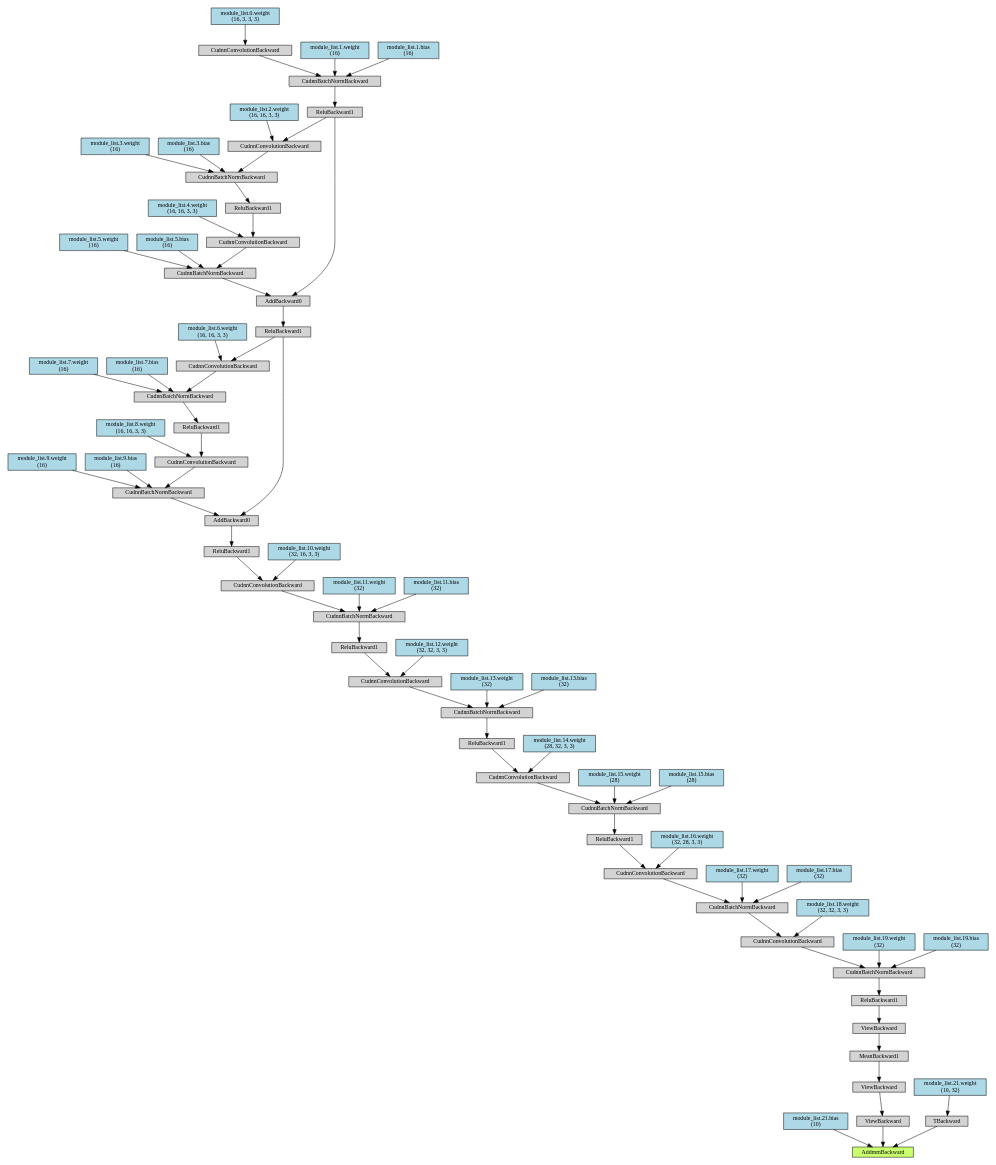
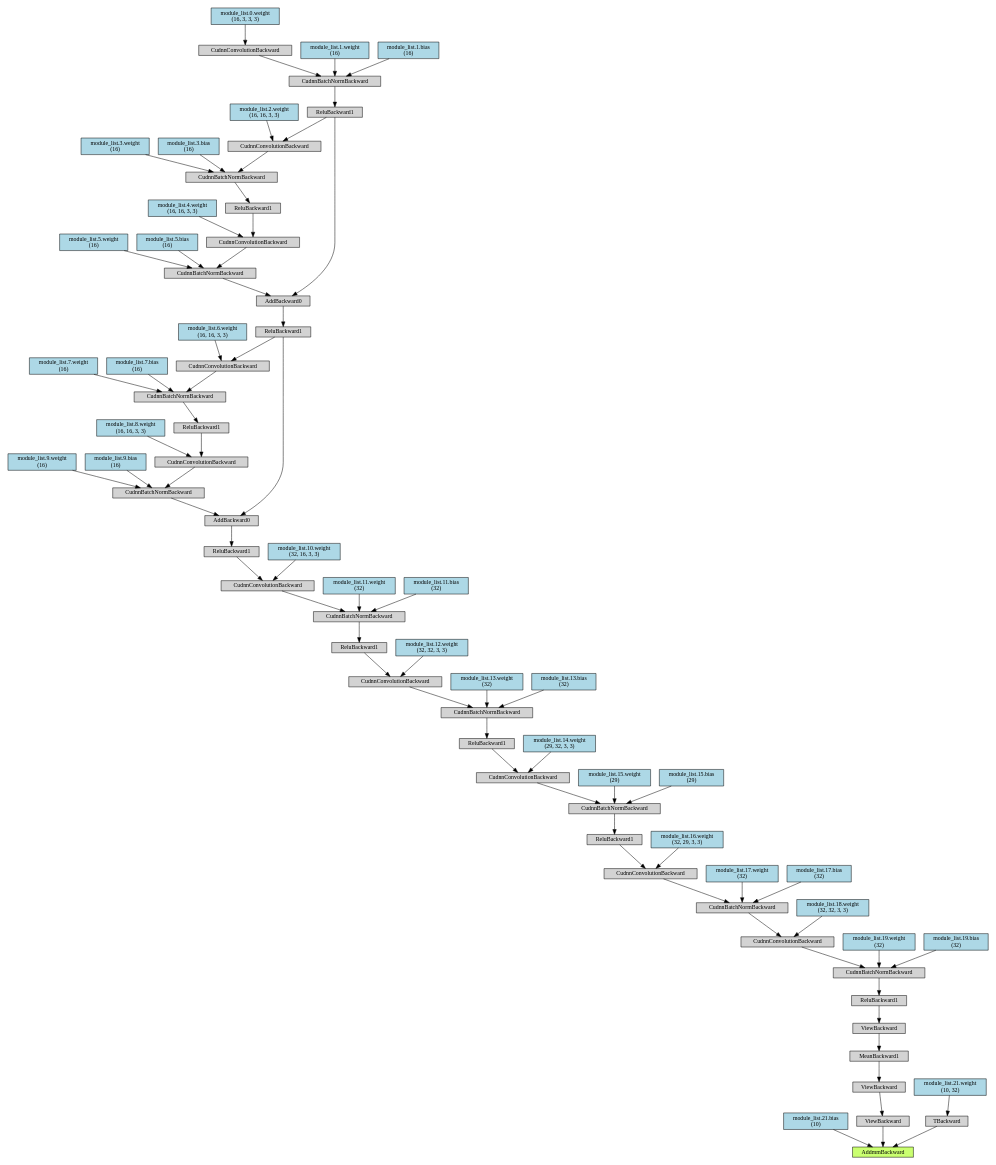
One commit to j3ssi/MA_Source changed the diagram in PruneTrain5_0.dot. Above: the diagram before and after it, drawn with Graphviz. The commit also changed 12 other files, not shown here.

```diff
--- a/PruneTrain5_0.dot
+++ b/PruneTrain5_0.dot
@@ -1,175 +1,175 @@
 digraph {
 	graph [size="20.849999999999998,20.849999999999998"]
 	node [align=left fontsize=12 height=0.2 ranksep=0.1 shape=box style=filled]
-	140088941224848 [label=AddmmBackward fillcolor=darkolivegreen1]
-	140088884436272 -> 140088941224848
-	140088884436272 [label="module_list.21.bias
+	140036031704032 [label=AddmmBackward fillcolor=darkolivegreen1]
+	140036031703248 -> 140036031704032
+	140036031703248 [label="module_list.21.bias
  (10)" fillcolor=lightblue]
-	140088884435376 -> 140088941224848
-	140088884435376 [label=ViewBackward]
-	140088884435544 -> 140088884435376
-	140088884435544 [label=ViewBackward]
-	140088884434648 -> 140088884435544
-	140088884434648 [label=MeanBackward1]
-	140088884434480 -> 140088884434648
-	140088884434480 [label=ViewBackward]
-	140088884436440 -> 140088884434480
-	140088884436440 [label=ReluBackward1]
-	140088884434312 -> 140088884436440
-	140088884434312 [label=CudnnBatchNormBackward]
-	140088884434200 -> 140088884434312
-	140088884434200 [label=CudnnConvolutionBackward]
-	140088884436048 -> 140088884434200
-	140088884436048 [label=CudnnBatchNormBackward]
-	140088884433808 -> 140088884436048
-	140088884433808 [label=CudnnConvolutionBackward]
-	140088884435768 -> 140088884433808
-	140088884435768 [label=ReluBackward1]
-	140088884435600 -> 140088884435768
-	140088884435600 [label=CudnnBatchNormBackward]
-	140088884433416 -> 140088884435600
-	140088884433416 [label=CudnnConvolutionBackward]
-	140088884433248 -> 140088884433416
-	140088884433248 [label=ReluBackward1]
-	140088884435152 -> 140088884433248
-	140088884435152 [label=CudnnBatchNormBackward]
-	140088884432968 -> 140088884435152
-	140088884432968 [label=CudnnConvolutionBackward]
-	140088884435712 -> 140088884432968
-	140088884435712 [label=ReluBackward1]
-	140088884434592 -> 140088884435712
-	140088884434592 [label=CudnnBatchNormBackward]
-	140088884433752 -> 140088884434592
-	140088884433752 [label=CudnnConvolutionBackward]
-	140088884435040 -> 140088884433752
-	140088884435040 [label=ReluBackward1]
-	140087526942536 -> 140088884435040
-	140087526942536 [label=AddBackward0]
-	140087526942256 -> 140087526942536
-	140087526942256 [label=ReluBackward1]
-	140087526942088 -> 140087526942256
-	140087526942088 [label=AddBackward0]
-	140087526941920 -> 140087526942088
-	140087526941920 [label=ReluBackward1]
-	140087526941640 -> 140087526941920
-	140087526941640 [label=CudnnBatchNormBackward]
-	140087526941472 -> 140087526941640
-	140087526941472 [label=CudnnConvolutionBackward]
-	140087526941248 -> 140087526941472
-	140087526941248 [label="module_list.0.weight
+	140036000096040 -> 140036031704032
+	140036000096040 [label=ViewBackward]
+	140036000095760 -> 140036000096040
+	140036000095760 [label=ViewBackward]
+	140036000092960 -> 140036000095760
+	140036000092960 [label=MeanBackward1]
+	140036000095928 -> 140036000092960
+	140036000095928 [label=ViewBackward]
+	140036000093856 -> 140036000095928
+	140036000093856 [label=ReluBackward1]
+	140036000093744 -> 140036000093856
+	140036000093744 [label=CudnnBatchNormBackward]
+	140036000095704 -> 140036000093744
+	140036000095704 [label=CudnnConvolutionBackward]
+	140036000095536 -> 140036000095704
+	140036000095536 [label=CudnnBatchNormBackward]
+	140036000095368 -> 140036000095536
+	140036000095368 [label=CudnnConvolutionBackward]
+	140036000093128 -> 140036000095368
+	140036000093128 [label=ReluBackward1]
+	140036000094976 -> 140036000093128
+	140036000094976 [label=CudnnBatchNormBackward]
+	140036000094808 -> 140036000094976
+	140036000094808 [label=CudnnConvolutionBackward]
+	140036000094584 -> 140036000094808
+	140036000094584 [label=ReluBackward1]
+	140036000092456 -> 140036000094584
+	140036000092456 [label=CudnnBatchNormBackward]
+	140036000094304 -> 140036000092456
+	140036000094304 [label=CudnnConvolutionBackward]
+	140036000094920 -> 140036000094304
+	140036000094920 [label=ReluBackward1]
+	140036000092400 -> 140036000094920
+	140036000092400 [label=CudnnBatchNormBackward]
+	140036000094752 -> 140036000092400
+	140036000094752 [label=CudnnConvolutionBackward]
+	140036000092344 -> 140036000094752
+	140036000092344 [label=ReluBackward1]
+	140035329668936 -> 140036000092344
+	140035329668936 [label=AddBackward0]
+	140035329668768 -> 140035329668936
+	140035329668768 [label=ReluBackward1]
+	140035329668544 -> 140035329668768
+	140035329668544 [label=AddBackward0]
+	140035329668376 -> 140035329668544
+	140035329668376 [label=ReluBackward1]
+	140035329668152 -> 140035329668376
+	140035329668152 [label=CudnnBatchNormBackward]
+	140035329667928 -> 140035329668152
+	140035329667928 [label=CudnnConvolutionBackward]
+	140035329667704 -> 140035329667928
+	140035329667704 [label="module_list.0.weight
  (16, 3, 3, 3)" fillcolor=lightblue]
-	140087526941416 -> 140087526941640
-	140087526941416 [label="module_list.1.weight
+	140035329667872 -> 140035329668152
+	140035329667872 [label="module_list.1.weight
  (16)" fillcolor=lightblue]
-	140087526941360 -> 140087526941640
-	140087526941360 [label="module_list.1.bias
+	140035329667816 -> 140035329668152
+	140035329667816 [label="module_list.1.bias
  (16)" fillcolor=lightblue]
-	140087526941864 -> 140087526942088
-	140087526941864 [label=CudnnBatchNormBackward]
-	140087526941584 -> 140087526941864
-	140087526941584 [label=CudnnConvolutionBackward]
-	140087526941080 -> 140087526941584
-	140087526941080 [label=ReluBackward1]
-	140087526940856 -> 140087526941080
-	140087526940856 [label=CudnnBatchNormBackward]
-	140087526941696 -> 140087526940856
-	140087526941696 [label=CudnnConvolutionBackward]
-	140087526941920 -> 140087526941696
-	140087526942312 -> 140087526941696
-	140087526942312 [label="module_list.2.weight
+	140035329668320 -> 140035329668544
+	140035329668320 [label=CudnnBatchNormBackward]
+	140035329668040 -> 140035329668320
+	140035329668040 [label=CudnnConvolutionBackward]
+	140035329667592 -> 140035329668040
+	140035329667592 [label=ReluBackward1]
+	140035329667312 -> 140035329667592
+	140035329667312 [label=CudnnBatchNormBackward]
+	140035329667144 -> 140035329667312
+	140035329667144 [label=CudnnConvolutionBackward]
+	140035329668376 -> 140035329667144
+	140035329668992 -> 140035329667144
+	140035329668992 [label="module_list.2.weight
  (16, 16, 3, 3)" fillcolor=lightblue]
-	140087526941808 -> 140087526940856
-	140087526941808 [label="module_list.3.weight
+	140035329668096 -> 140035329667312
+	140035329668096 [label="module_list.3.weight
  (16)" fillcolor=lightblue]
-	140087526942480 -> 140087526940856
-	140087526942480 [label="module_list.3.bias
+	140035329668208 -> 140035329667312
+	140035329668208 [label="module_list.3.bias
  (16)" fillcolor=lightblue]
-	140087526940968 -> 140087526941584
-	140087526940968 [label="module_list.4.weight
+	140035329667424 -> 140035329668040
+	140035329667424 [label="module_list.4.weight
  (16, 16, 3, 3)" fillcolor=lightblue]
-	140087526941304 -> 140087526941864
-	140087526941304 [label="module_list.5.weight
+	140035329667760 -> 140035329668320
+	140035329667760 [label="module_list.5.weight
  (16)" fillcolor=lightblue]
-	140087526941192 -> 140087526941864
-	140087526941192 [label="module_list.5.bias
+	140035329667648 -> 140035329668320
+	140035329667648 [label="module_list.5.bias
  (16)" fillcolor=lightblue]
-	140087526942200 -> 140087526942536
-	140087526942200 [label=CudnnBatchNormBackward]
-	140087526942032 -> 140087526942200
-	140087526942032 [label=CudnnConvolutionBackward]
-	140087526942592 -> 140087526942032
-	140087526942592 [label=ReluBackward1]
-	140087526942648 -> 140087526942592
-	140087526942648 [label=CudnnBatchNormBackward]
-	140087526942760 -> 140087526942648
-	140087526942760 [label=CudnnConvolutionBackward]
-	140087526942256 -> 140087526942760
-	140087526943040 -> 140087526942760
-	140087526943040 [label="module_list.6.weight
+	140035329668656 -> 140035329668936
+	140035329668656 [label=CudnnBatchNormBackward]
+	140035329668488 -> 140035329668656
+	140035329668488 [label=CudnnConvolutionBackward]
+	140035329668880 -> 140035329668488
+	140035329668880 [label=ReluBackward1]
+	140035329669160 -> 140035329668880
+	140035329669160 [label=CudnnBatchNormBackward]
+	140035329669104 -> 140035329669160
+	140035329669104 [label=CudnnConvolutionBackward]
+	140035329668768 -> 140035329669104
+	140035329669384 -> 140035329669104
+	140035329669384 [label="module_list.6.weight
  (16, 16, 3, 3)" fillcolor=lightblue]
-	140087526942872 -> 140087526942648
-	140087526942872 [label="module_list.7.weight
+	140035329669216 -> 140035329669160
+	140035329669216 [label="module_list.7.weight
  (16)" fillcolor=lightblue]
-	140087526942928 -> 140087526942648
-	140087526942928 [label="module_list.7.bias
+	140035329669272 -> 140035329669160
+	140035329669272 [label="module_list.7.bias
  (16)" fillcolor=lightblue]
-	140087526942704 -> 140087526942032
-	140087526942704 [label="module_list.8.weight
+	140035329668712 -> 140035329668488
+	140035329668712 [label="module_list.8.weight
  (16, 16, 3, 3)" fillcolor=lightblue]
-	140087526941752 -> 140087526942200
-	140087526941752 [label="module_list.9.weight
+	140035329668264 -> 140035329668656
+	140035329668264 [label="module_list.9.weight
  (16)" fillcolor=lightblue]
-	140087526941024 -> 140087526942200
-	140087526941024 [label="module_list.9.bias
+	140035329667480 -> 140035329668656
+	140035329667480 [label="module_list.9.bias
  (16)" fillcolor=lightblue]
-	140088884434704 -> 140088884433752
-	140088884434704 [label="module_list.10.weight
+	140036000092568 -> 140036000094752
+	140036000092568 [label="module_list.10.weight
  (32, 16, 3, 3)" fillcolor=lightblue]
-	140088884433192 -> 140088884434592
-	140088884433192 [label="module_list.11.weight
+	140036000094080 -> 140036000092400
+	140036000094080 [label="module_list.11.weight
  (32)" fillcolor=lightblue]
-	140088884436720 -> 140088884434592
-	140088884436720 [label="module_list.11.bias
+	140036000095312 -> 140036000092400
+	140036000095312 [label="module_list.11.bias
  (32)" fillcolor=lightblue]
-	140088884434928 -> 140088884432968
-	140088884434928 [label="module_list.12.weight
+	140036000095592 -> 140036000094304
+	140036000095592 [label="module_list.12.weight
  (32, 32, 3, 3)" fillcolor=lightblue]
-	140088884436496 -> 140088884435152
-	140088884436496 [label="module_list.13.weight
+	140036000092232 -> 140036000092456
+	140036000092232 [label="module_list.13.weight
  (32)" fillcolor=lightblue]
-	140088884433976 -> 140088884435152
-	140088884433976 [label="module_list.13.bias
+	140036000094248 -> 140036000092456
+	140036000094248 [label="module_list.13.bias
  (32)" fillcolor=lightblue]
-	140088884435264 -> 140088884433416
-	140088884435264 [label="module_list.14.weight
- (28, 32, 3, 3)" fillcolor=lightblue]
-	140088884435432 -> 140088884435600
-	140088884435432 [label="module_list.15.weight
- (28)" fillcolor=lightblue]
-	140088884433360 -> 140088884435600
-	140088884433360 [label="module_list.15.bias
- (28)" fillcolor=lightblue]
-	140088884433640 -> 140088884433808
-	140088884433640 [label="module_list.16.weight
- (32, 28, 3, 3)" fillcolor=lightblue]
-	140088884435880 -> 140088884436048
-	140088884435880 [label="module_list.17.weight
+	140036000092512 -> 140036000094808
+	140036000092512 [label="module_list.14.weight
+ (29, 32, 3, 3)" fillcolor=lightblue]
+	140036000092736 -> 140036000094976
+	140036000092736 [label="module_list.15.weight
+ (29)" fillcolor=lightblue]
+	140036000094696 -> 140036000094976
+	140036000094696 [label="module_list.15.bias
+ (29)" fillcolor=lightblue]
+	140036000095088 -> 140036000095368
+	140036000095088 [label="module_list.16.weight
+ (32, 29, 3, 3)" fillcolor=lightblue]
+	140036000095256 -> 140036000095536
+	140036000095256 [label="module_list.17.weight
  (32)" fillcolor=lightblue]
-	140088884435824 -> 140088884436048
-	140088884435824 [label="module_list.17.bias
+	140036000093184 -> 140036000095536
+	140036000093184 [label="module_list.17.bias
  (32)" fillcolor=lightblue]
-	140088884433920 -> 140088884434200
-	140088884433920 [label="module_list.18.weight
+	140036000093464 -> 140036000095704
+	140036000093464 [label="module_list.18.weight
  (32, 32, 3, 3)" fillcolor=lightblue]
-	140088884436216 -> 140088884434312
-	140088884436216 [label="module_list.19.weight
+	140036000095648 -> 140036000093744
+	140036000095648 [label="module_list.19.weight
  (32)" fillcolor=lightblue]
-	140088884436160 -> 140088884434312
-	140088884436160 [label="module_list.19.bias
+	140036000093576 -> 140036000093744
+	140036000093576 [label="module_list.19.bias
  (32)" fillcolor=lightblue]
-	140088884434760 -> 140088941224848
-	140088884434760 [label=TBackward]
-	140088884434088 -> 140088884434760
-	140088884434088 [label="module_list.21.weight
+	140036000095984 -> 140036031704032
+	140036000095984 [label=TBackward]
+	140036000093968 -> 140036000095984
+	140036000093968 [label="module_list.21.weight
  (10, 32)" fillcolor=lightblue]
 }
```
